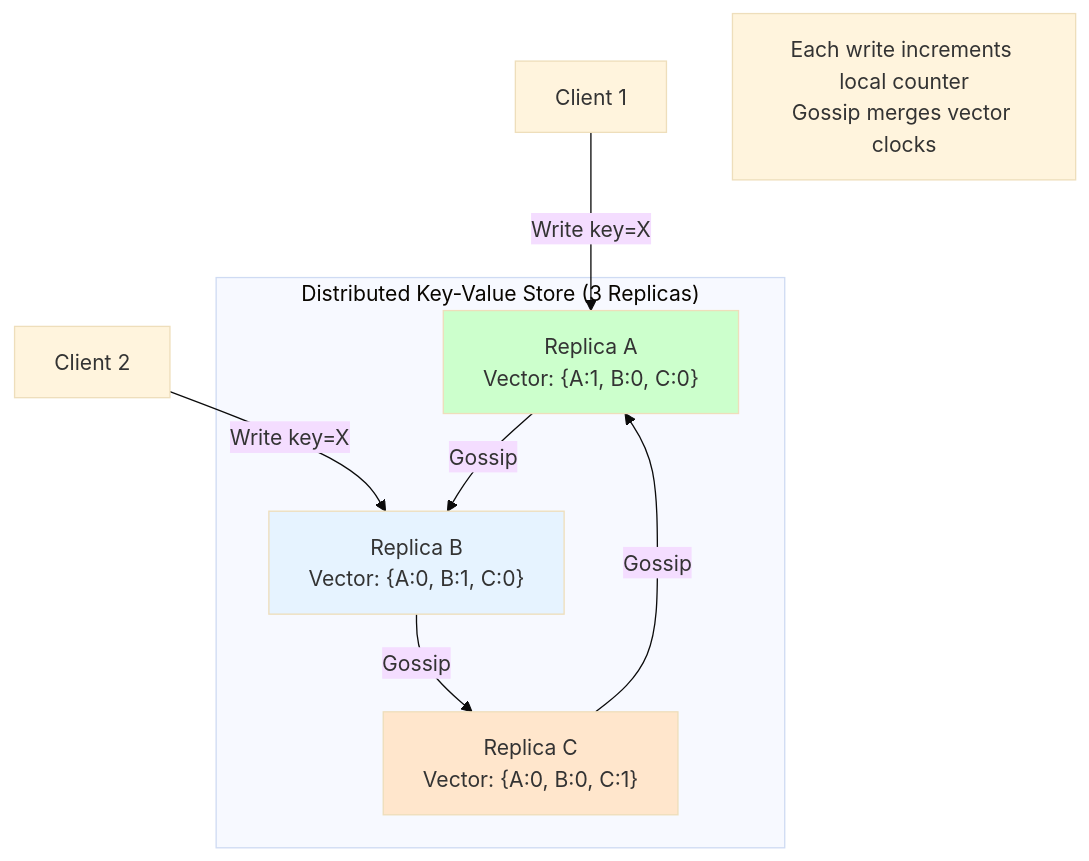
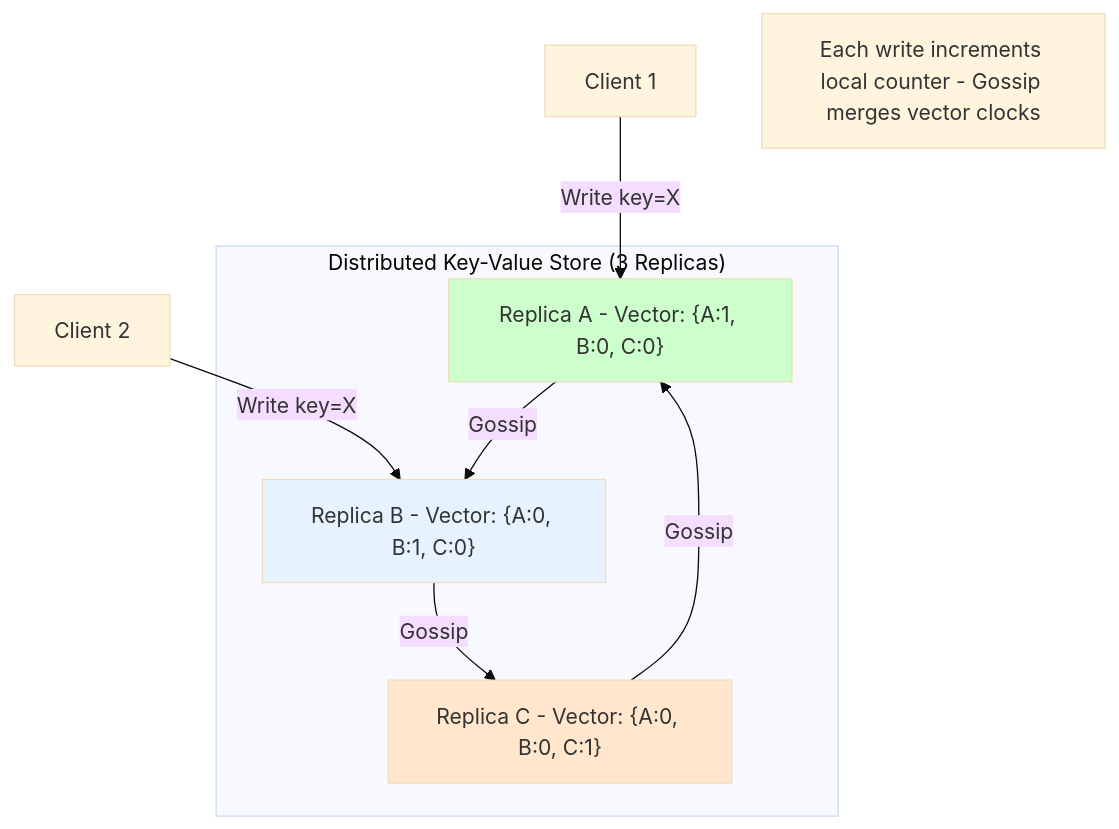
Before and after one commit to Anmol33/SystemDesign: the first of 7 diagrams in Coordination/06_Vector_Clocks.md, drawn with Mermaid (base theme). The commit also changed other lines of this file and 6 other files, not shown here.

First line of the commit message:
docs: fix Mermaid diagram syntax in coordination documents

````diff
--- a/Coordination/06_Vector_Clocks.md
+++ b/Coordination/06_Vector_Clocks.md
@@ -30,21 +30,21 @@
 ```mermaid
 graph TD
     subgraph System["Distributed Key-Value Store (3 Replicas)"]
-        R1["Replica A<br/>Vector: {A:1, B:0, C:0}"]
-        R2["Replica B<br/>Vector: {A:0, B:1, C:0}"]
-        R3["Replica C<br/>Vector: {A:0, B:0, C:1}"]
+        R1["Replica A - Vector: {A:1, B:0, C:0}"]
+        R2["Replica B - Vector: {A:0, B:1, C:0}"]
+        R3["Replica C - Vector: {A:0, B:0, C:1}"]
     end
     
     Client1["Client 1"] -->|"Write key=X"| R1
     Client2["Client 2"] -->|"Write key=X"| R2
     
     R1 -->|"Gossip"| R2
     R2 -->|"Gossip"| R3
     R3 -->|"Gossip"| R1
     
-    Note["Each write increments local counter<br/>Gossip merges vector clocks"]
+    Note["Each write increments local counter - Gossip merges vector clocks"]
     
     style R1 fill:#ccffcc
     style R2 fill:#e6f3ff
     style R3 fill:#ffe6cc
 ```
````
